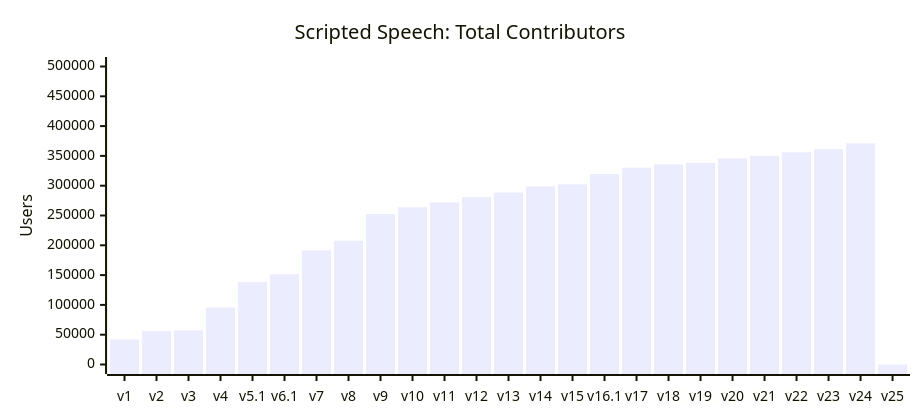
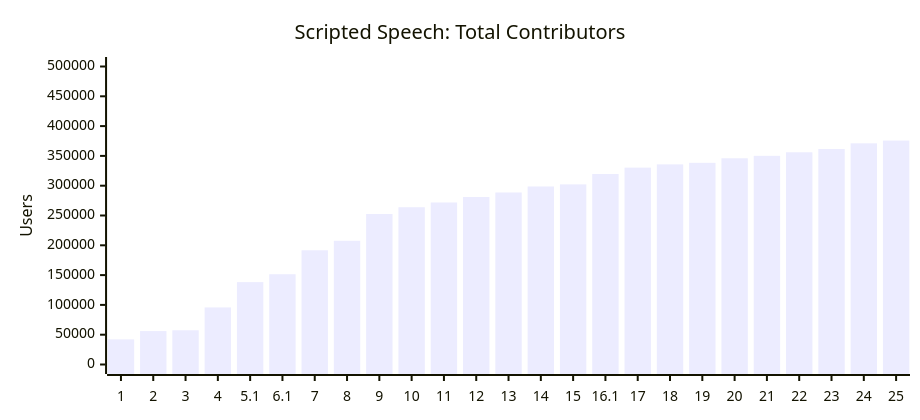
The second of 3 diagrams in datasets/scripted-speech/README.md (common-voice/cv-dataset), drawn with Mermaid before and after one commit. The commit also changed other lines of this file, not shown here.

````diff
--- a/datasets/scripted-speech/README.md
+++ b/datasets/scripted-speech/README.md
@@ -30,13 +30,13 @@
 ```mermaid
 ---
 config:
     xyChart:
         width: 900
         height: 400
 ---
 xychart-beta
     title "Scripted Speech: Total Contributors"
-    x-axis ["v1","v2","v3","v4","v5.1","v6.1","v7","v8","v9","v10","v11","v12","v13","v14","v15","v16.1","v17","v18","v19","v20","v21","v22","v23","v24","v25"]
+    x-axis ["1","2","3","4","5.1","6.1","7","8","9","10","11","12","13","14","15","16.1","17","18","19","20","21","22","23","24","25"]
     y-axis "Users" 0 --> 500000
-    bar [42109,56059,57420,95798,138225,151434,191622,207602,252576,263879,271817,281069,288617,298724,302232,319703,330323,335780,338378,345996,350098,356074,361614,371058,0]
+    bar [42109,56059,57420,95798,138225,151434,191622,207602,252576,263879,271817,281069,288617,298724,302232,319703,330323,335780,338378,345996,350098,356074,361614,371058,375673]
 ```
````
